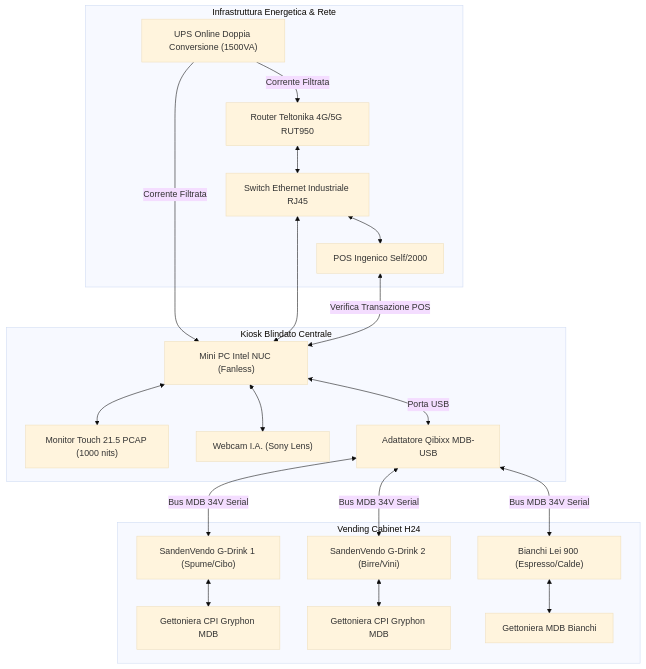
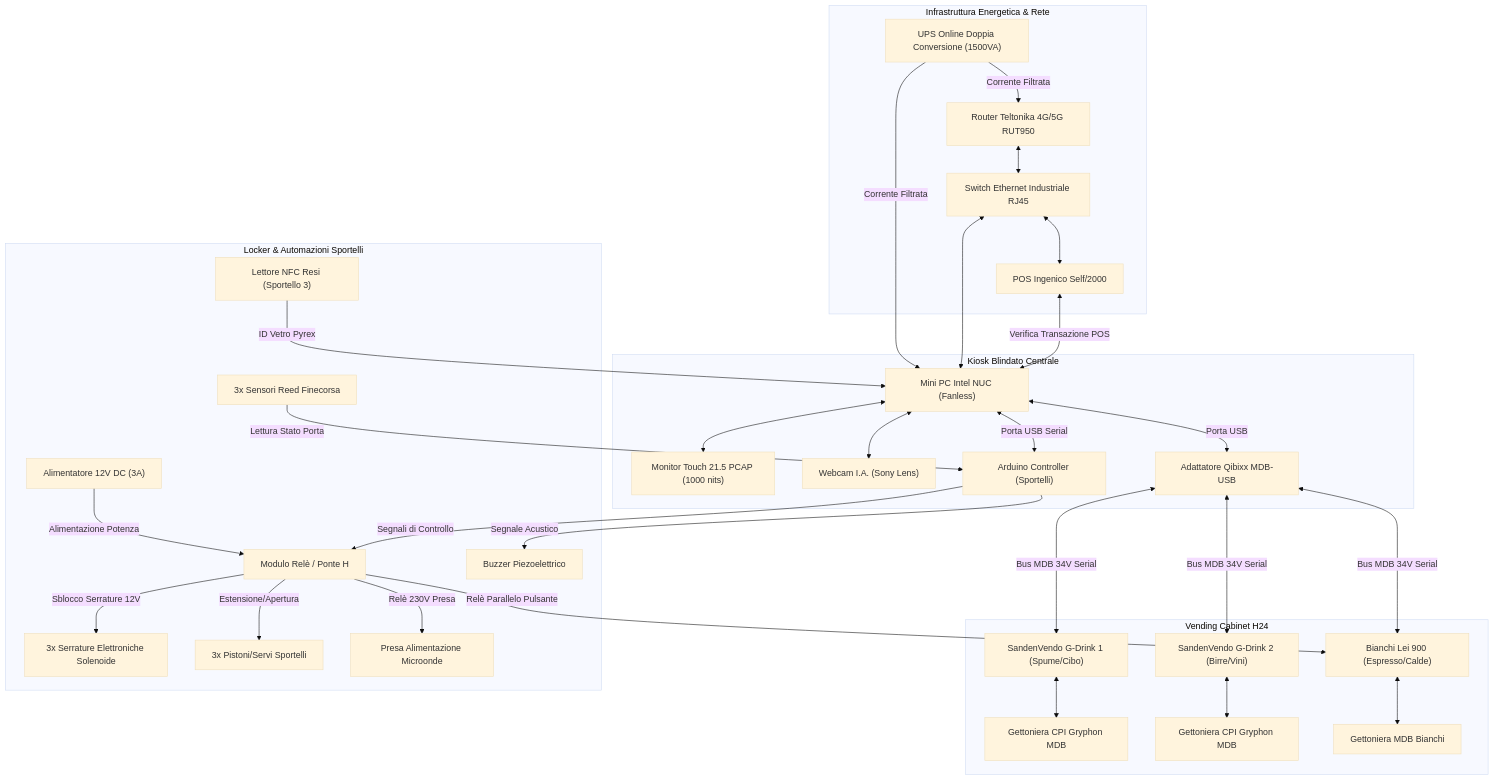
The diagram in hardware_manifest.md (cdminer77/toscanaccio), drawn with Mermaid (base theme) before and after one commit. The commit also changed other lines of this file and 33 other files, not shown here.

````diff
--- a/hardware_manifest.md
+++ b/hardware_manifest.md
@@ -11,28 +11,41 @@
 ```mermaid
 graph TD
     subgraph Kiosk Blindato ["Kiosk Blindato Centrale"]
         PC["Mini PC Intel NUC (Fanless)"] <--> Touch["Monitor Touch 21.5 PCAP (1000 nits)"]
         PC <--> Web["Webcam I.A. (Sony Lens)"]
         PC <-->|Porta USB| MDB_Hub["Adattatore Qibixx MDB-USB"]
+        PC <-->|Porta USB Serial| Ard["Arduino Controller (Sportelli)"]
     end
 
     subgraph Infrastruttura Energetica e di Rete ["Infrastruttura Energetica & Rete"]
         UPS["UPS Online Doppia Conversione (1500VA)"] -->|Corrente Filtrata| PC
         UPS -->|Corrente Filtrata| Router["Router Teltonika 4G/5G RUT950"]
         Router <--> Switch["Switch Ethernet Industriale RJ45"]
         Switch <--> PC
         Switch <--> POS["POS Ingenico Self/2000"]
     end
 
     subgraph Distributori Automatici H24 ["Vending Cabinet H24"]
         MDB_Hub <-->|Bus MDB 34V Serial| SV1["SandenVendo G-Drink 1 (Spume/Cibo)"]
         MDB_Hub <-->|Bus MDB 34V Serial| SV2["SandenVendo G-Drink 2 (Birre/Vini)"]
         MDB_Hub <-->|Bus MDB 34V Serial| BL900["Bianchi Lei 900 (Espresso/Calde)"]
         
         SV1 <--> Get1["Gettoniera CPI Gryphon MDB"]
         SV2 <--> Get2["Gettoniera CPI Gryphon MDB"]
         BL900 <--> Get3["Gettoniera MDB Bianchi"]
     end
+
+    subgraph Compartimenti Sportelli Automatizzati ["Locker & Automazioni Sportelli"]
+        Alim12V["Alimentatore 12V DC (3A)"] -->|Alimentazione Potenza| Rel1["Modulo Relè / Ponte H"]
+        Ard -->|Segnali di Controllo| Rel1
+        Rel1 -->|Sblocco Serrature 12V| Locks["3x Serrature Elettroniche Solenoide"]
+        Rel1 -->|Estensione/Apertura| Actuators["3x Pistoni/Servi Sportelli"]
+        Rel1 -->|Relè 230V Presa| Micro["Presa Alimentazione Microonde"]
+        Rel1 -->|Relè Parallelo Pulsante| BL900
+        Sensors["3x Sensori Reed Finecorsa"] -->|Lettura Stato Porta| Ard
+        Ard -->|Segnale Acustico| Buzzer["Buzzer Piezoelettrico"]
+        NFC_Reader["Lettore NFC Resi (Sportello 3)"] -->|ID Vetro Pyrex| PC
+    end
     
     POS <-->|Verifica Transazione POS| PC
 ```
````
